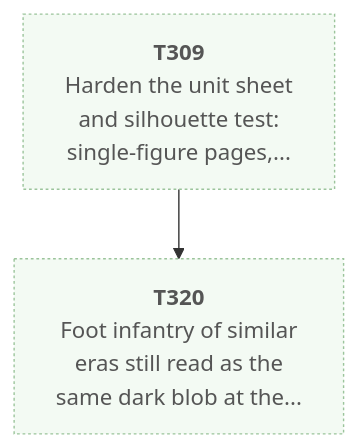
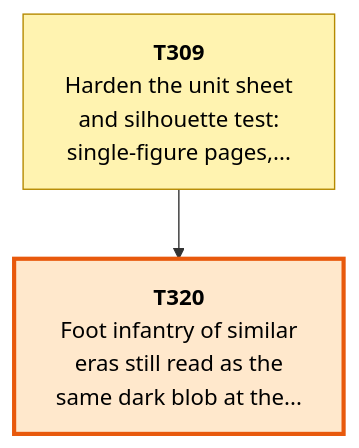
Before and after one commit to Kenmura/Unciv: the fifth of 8 diagrams in csharp/migration/DEPENDENCY_MAP.md, drawn with Mermaid. The commit also changed other lines of this file and 1 other file, not shown here.

````diff
--- a/csharp/migration/DEPENDENCY_MAP.md
+++ b/csharp/migration/DEPENDENCY_MAP.md
@@ -152,15 +153,15 @@
 ```mermaid
 flowchart TD
   T309["<b>T309</b><br/>Harden the unit sheet<br/>and silhouette test:<br/>single-figure pages,..."]
   T320["<b>T320</b><br/>Foot infantry of similar<br/>eras still read as the<br/>same dark blob at the..."]
   T309 --> T320
   classDef waiting fill:#f3faf3,stroke:#9bc49b,color:#555,stroke-dasharray:2 2
   classDef ondeck fill:#ffe8cc,stroke:#e8590c,stroke-width:3px,color:#000
   classDef ready fill:#7ee787,stroke:#1a7f37,stroke-width:3px,color:#000
   classDef prog fill:#fff3b0,stroke:#b58900,color:#000
   classDef review fill:#cfe4ff,stroke:#1f6feb,color:#000
   classDef blocked fill:#ffd6d6,stroke:#c62828,color:#000
   classDef done fill:#eeeeee,stroke:#999999,color:#666,stroke-dasharray:4 3
-  class T309 waiting
-  class T320 waiting
+  class T309 prog
+  class T320 ondeck
 ```
````
